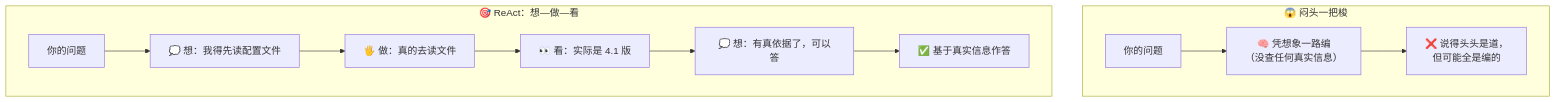
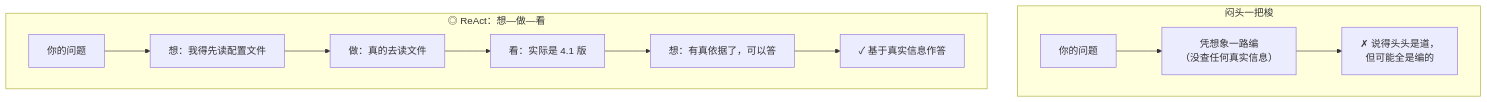
Before and after one commit to luckykhy/KhyAiHub: the first of 6 diagrams in docs/02_CONCEPTS_概念入门/CONCEPT/[CONCEPT-19] 什么是ReAct-智能体推理模式.md, drawn with Mermaid. The commit also changed other lines of this file and 19 other files, not shown here.

````diff
--- a/docs/02_CONCEPTS_概念入门/CONCEPT/[CONCEPT-19] 什么是ReAct-智能体推理模式.md
+++ b/docs/02_CONCEPTS_概念入门/CONCEPT/[CONCEPT-19] 什么是ReAct-智能体推理模式.md
@@ -36,13 +36,13 @@
 ```mermaid
 flowchart TB
-  subgraph 一把梭["😱 闷头一把梭"]
-    Q1["你的问题"] --> BLIND["🧠 凭想象一路编<br/>（没查任何真实信息）"] --> WRONG["❌ 说得头头是道，<br/>但可能全是编的"]
+  subgraph 一把梭["闷头一把梭"]
+    Q1["你的问题"] --> BLIND["凭想象一路编<br/>（没查任何真实信息）"] --> WRONG["✗ 说得头头是道，<br/>但可能全是编的"]
   end
-  subgraph react["🎯 ReAct：想—做—看"]
-    Q2["你的问题"] --> T1["💭 想：我得先读配置文件"]
-    T1 --> A1["🖐️ 做：真的去读文件"]
-    A1 --> O1["👀 看：实际是 4.1 版"]
-    O1 --> T2["💭 想：有真依据了，可以答"]
-    T2 --> RIGHT["✅ 基于真实信息作答"]
+  subgraph react["◎ ReAct：想—做—看"]
+    Q2["你的问题"] --> T1["想：我得先读配置文件"]
+    T1 --> A1["做：真的去读文件"]
+    A1 --> O1["看：实际是 4.1 版"]
+    O1 --> T2["想：有真依据了，可以答"]
+    T2 --> RIGHT["✓ 基于真实信息作答"]
   end
 ```
````
